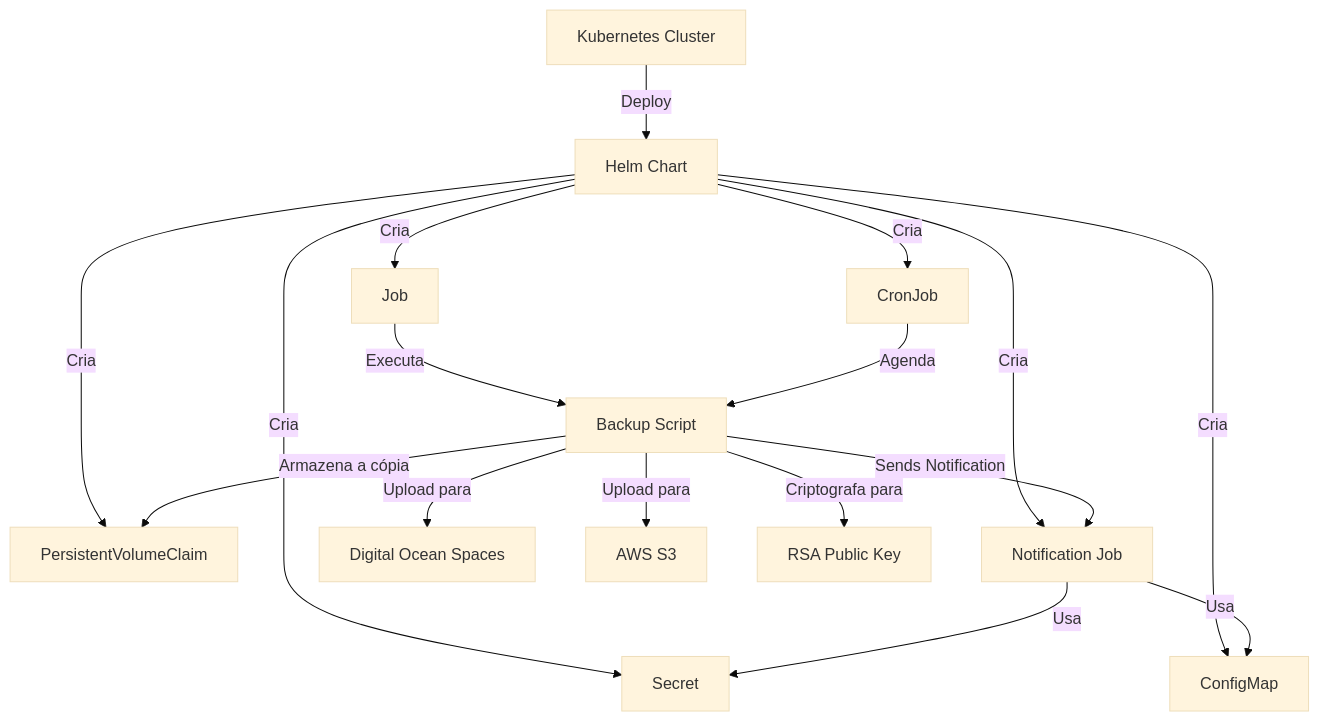
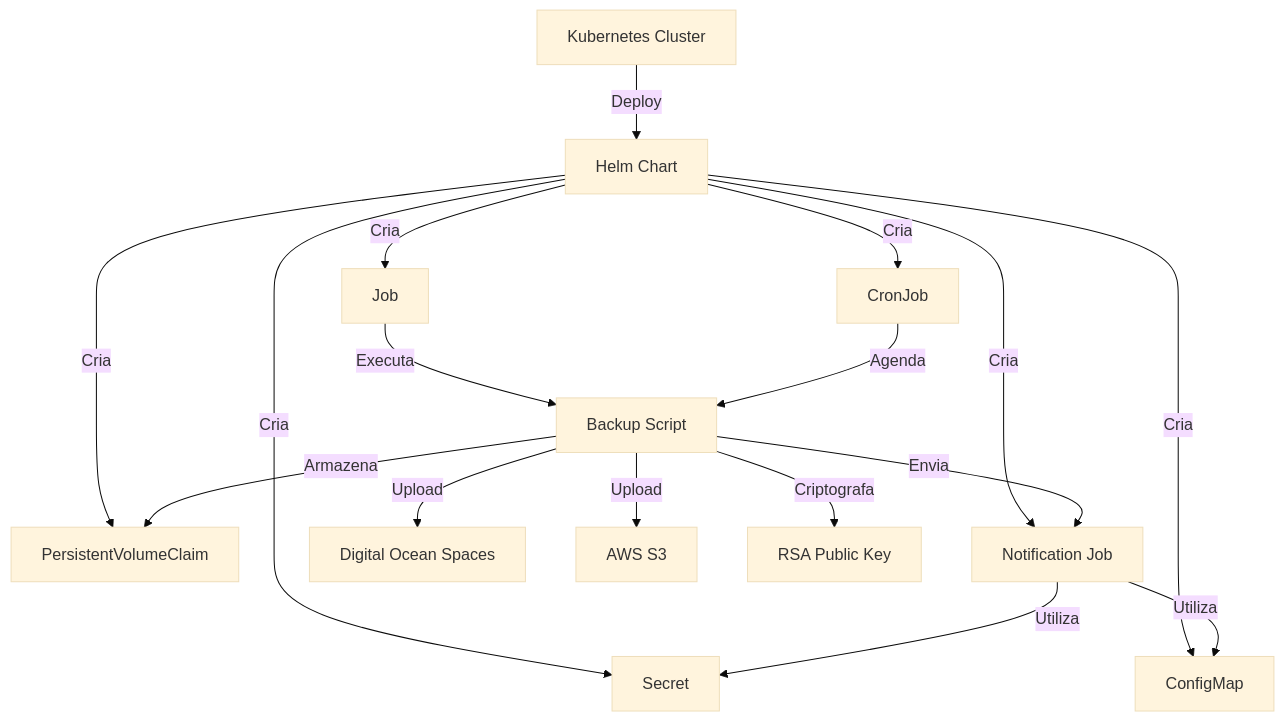
One commit to devopsvanilla/datashelter changed the diagram in README_pt-BR.md. Above: the diagram before and after it, drawn with Mermaid (base theme). The commit also changed other lines of this file and 1 other file, not shown here.

````diff
--- a/README_pt-BR.md
+++ b/README_pt-BR.md
@@ -36,19 +30,19 @@
 ```mermaid
 graph TD
     A[Kubernetes Cluster] -->|Deploy| B[Helm Chart]
     B -->|Cria| C[Job]
     B -->|Cria| D[CronJob]
     B -->|Cria| E[ConfigMap]
     B -->|Cria| F[Secret]
     B -->|Cria| G[PersistentVolumeClaim]
     B -->|Cria| H[Notification Job]
     C -->|Executa| I[Backup Script]
     D -->|Agenda| I
-    I -->|Armazena a cópia| G
-    I -->|Upload para| J[Digital Ocean Spaces]
-    I -->|Upload para| K[AWS S3]
-    I -->|Criptografa para| L[RSA Public Key]
-    I -->|Sends Notification| H
-    H -->|Usa| F
-    H -->|Usa| E
+    I -->|Armazena| G
+    I -->|Upload| J[Digital Ocean Spaces]
+    I -->|Upload| K[AWS S3]
+    I -->|Criptografa| L[RSA Public Key]
+    I -->|Envia| H
+    H -->|Utiliza| F
+    H -->|Utiliza| E
 ```
````
